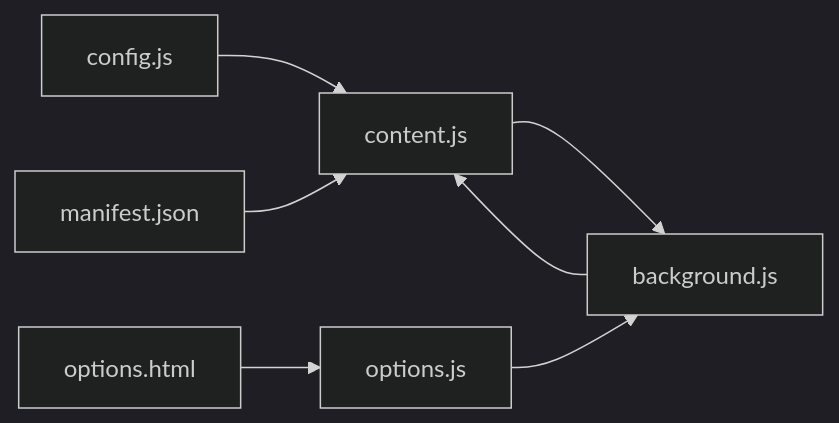
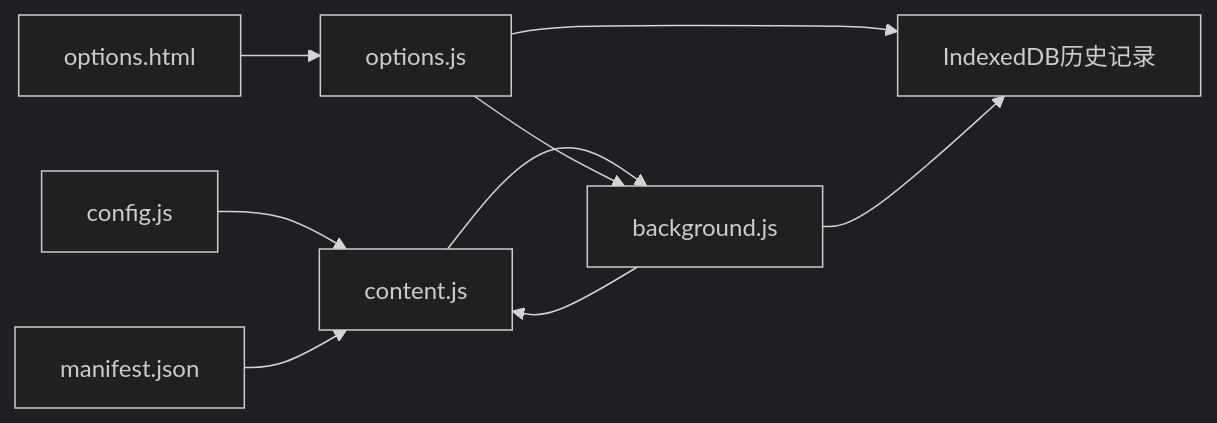
Before and after one commit to binasi/Img2Prompt: the sixth of 6 diagrams in .qoder/repowiki/zh/content/技术架构/核心模块分析/内容脚本模块 (content.js).md, drawn with Mermaid (dark theme). The commit also changed other lines of this file and 11 other files, not shown here.

````diff
--- a/.qoder/repowiki/zh/content/技术架构/核心模块分析/内容脚本模块 (content.js).md
+++ b/.qoder/repowiki/zh/content/技术架构/核心模块分析/内容脚本模块 (content.js).md
@@ -457,9 +533,11 @@
 ```mermaid
 graph LR
 CFG["config.js"] --> CS["content.js"]
 MAN["manifest.json"] --> CS
 CS --> BG["background.js"]
 OPT_HTML["options.html"] --> OPT_JS["options.js"]
 OPT_JS --> BG
+OPT_JS --> HIST["IndexedDB历史记录"]
 BG --> CS
+BG --> HIST
 ```
````
